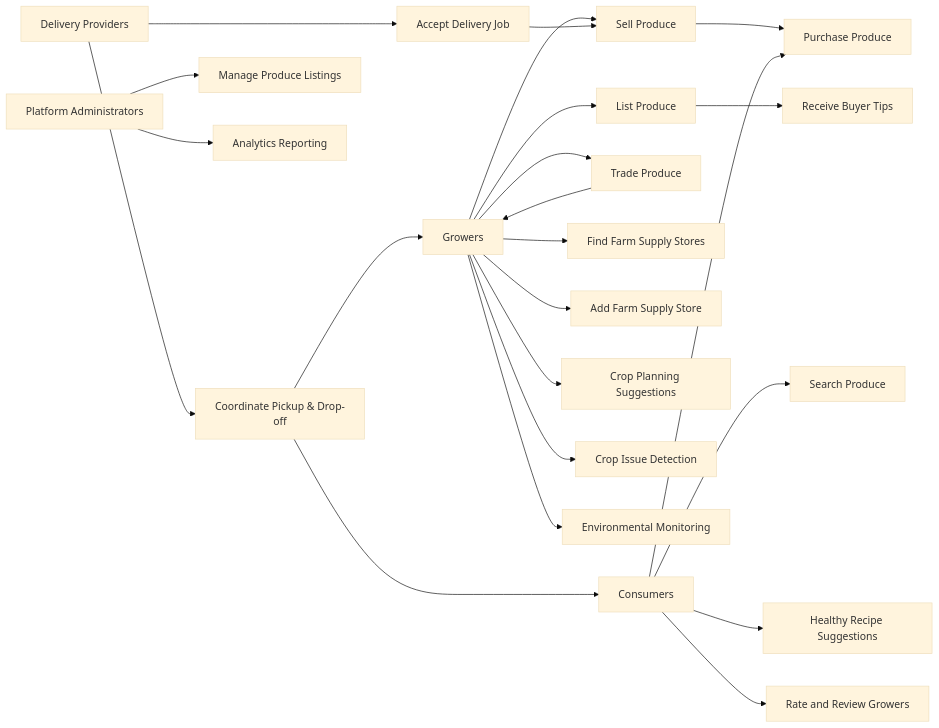
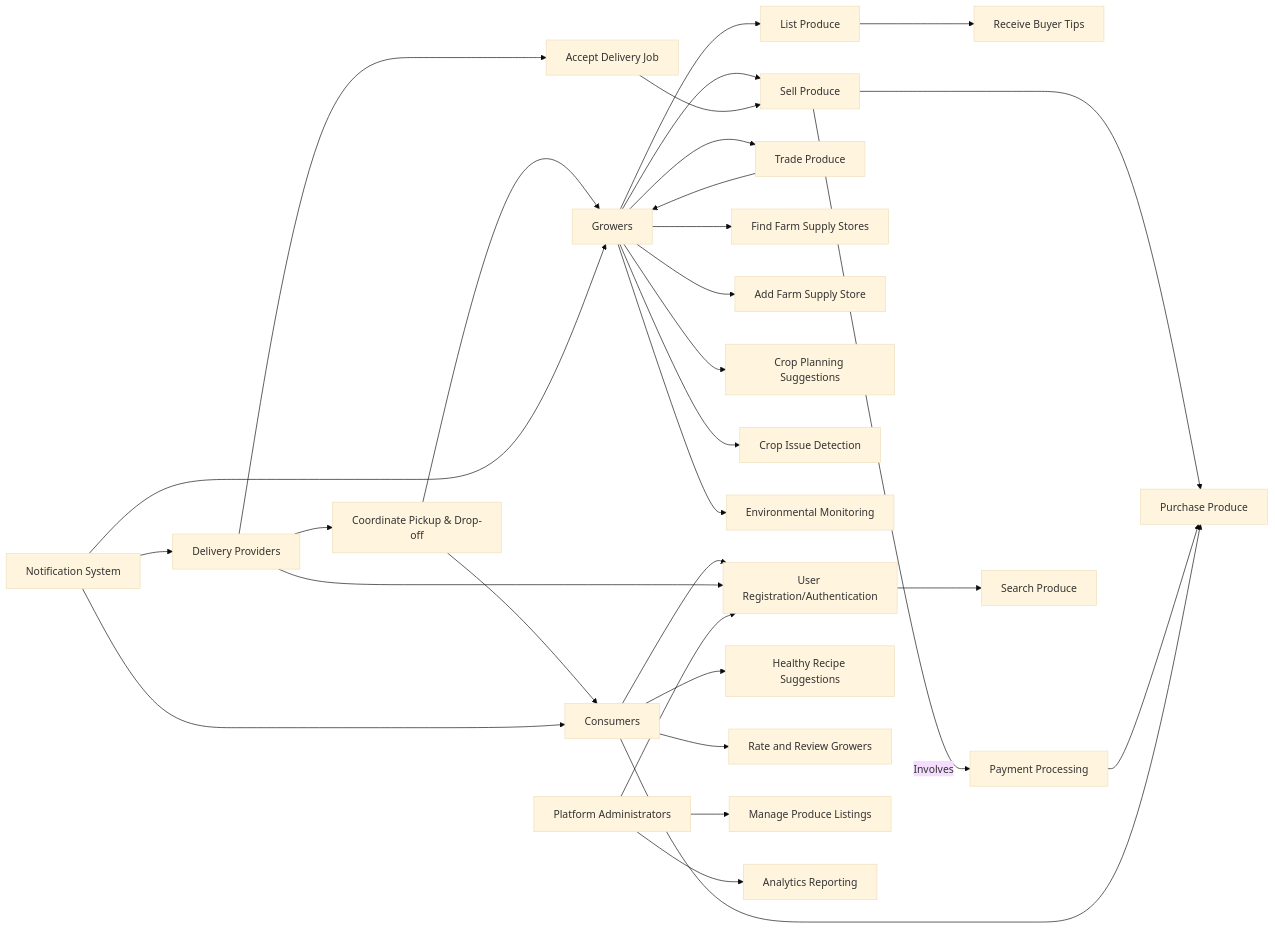
One commit to harvesit/harvesit changed the first of 2 diagrams in README.md. Above: the diagram before and after it, drawn with Mermaid (base theme). The commit also changed other lines of this file, not shown here.

````diff
--- a/README.md
+++ b/README.md
@@ -139,31 +139,39 @@
 ```mermaid
 graph LR
     A[Growers] --> B1[List Produce]
     A --> B2[Sell Produce] 
     A --> B3[Trade Produce]
     A --> B4[Find Farm Supply Stores]
     A --> B5[Add Farm Supply Store]
     B1 --> B6[Receive Buyer Tips]
     A --> B7[Crop Planning Suggestions]
     A --> B8[Crop Issue Detection]
     A --> B9[Environmental Monitoring]
+    B2 -->|Involves| P[Payment Processing]
     
     B2 --> D2[Purchase Produce]
     B3 --> A
+    P --> D2
     
     F1[Accept Delivery Job] --> B2 
     F2[Coordinate Pickup & Drop-off] --> A
     
-    C[Consumers] --> D1[Search Produce]
+    C[Consumers] --> U[User Registration/Authentication]
+    U --> D1[Search Produce]
     C --> D2
     C --> D3[Healthy Recipe Suggestions]  
     C --> D4[Rate and Review Growers]
     
     F2 --> C
+    NS[Notification System] --> A
+    NS --> C
+    NS --> E
 
     E[Delivery Providers] --> F1
     E --> F2
-    
+    E --> U
+
     G[Platform Administrators] --> H1[Manage Produce Listings] 
     G --> H2[Analytics Reporting]
+    G --> U
 ```
````
